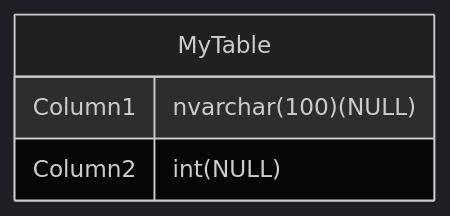
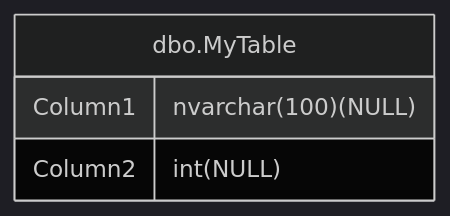
The diagram in test/TestProject/TestProject_erdiagram.md (rr-wfm/MSBuild.Sdk.SqlProj), drawn with Mermaid (dark theme) before and after one commit. The commit also changed 2 other files, not shown here.

Commit message:
Fix ER diagram rendering due to "." - enclose in quotes

````diff
--- a/test/TestProject/TestProject_erdiagram.md
+++ b/test/TestProject/TestProject_erdiagram.md
@@ -1,7 +1,7 @@
 ```mermaid
 erDiagram
-  MyTable {
+  "dbo.MyTable" {
     Column1 nvarchar(100)(NULL) 
     Column2 int(NULL) 
   }
 ```
````
